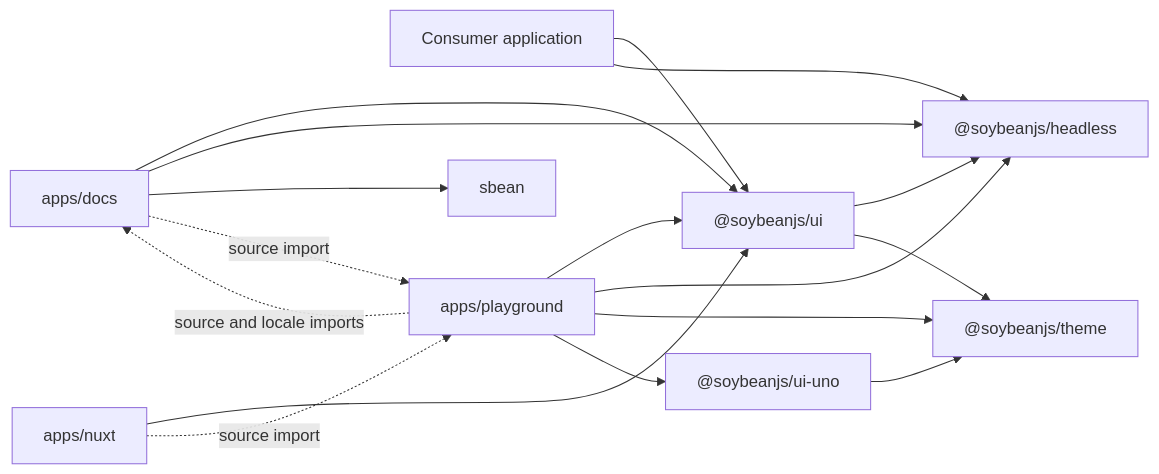
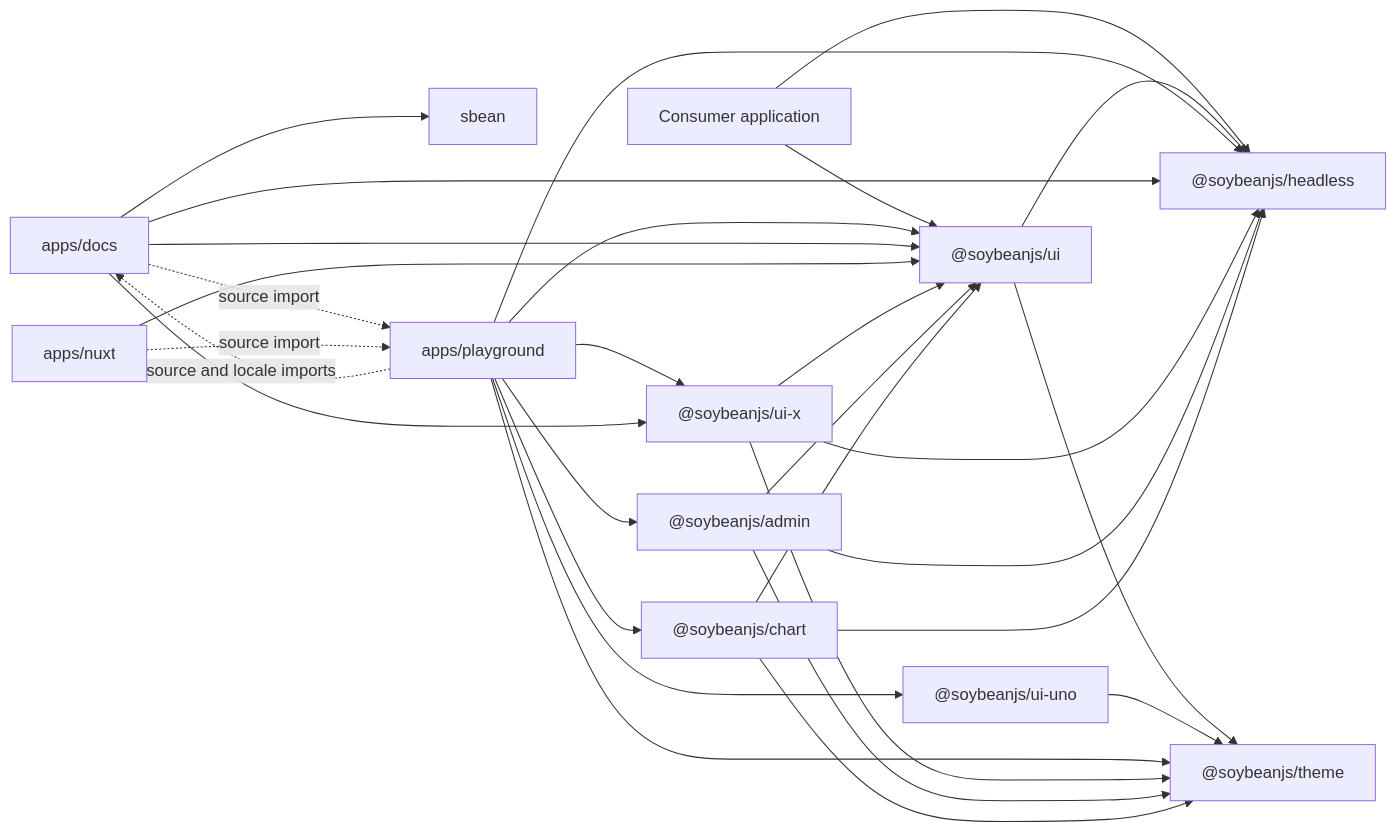
One commit to soybeanjs/soybean-ui changed the first of 3 diagrams in docs/architecture.md. Above: the diagram before and after it, drawn with Mermaid. The commit also changed other lines of this file and 45 other files, not shown here.

````diff
--- a/docs/architecture.md
+++ b/docs/architecture.md
@@ -95,30 +102,46 @@
 ```mermaid
 flowchart LR
   Consumer[Consumer application]
   Headless["@soybeanjs/headless"]
   UI["@soybeanjs/ui"]
   Theme["@soybeanjs/theme"]
   Uno["@soybeanjs/ui-uno"]
   Sbean["sbean"]
+  UiX["@soybeanjs/ui-x"]
+  Admin["@soybeanjs/admin"]
+  Chart["@soybeanjs/chart"]
   Docs["apps/docs"]
   Playground["apps/playground"]
   Nuxt["apps/nuxt"]
 
   Consumer --> UI
   Consumer --> Headless
   UI --> Headless
   UI --> Theme
   Uno --> Theme
   Playground --> UI
   Playground --> Headless
   Playground --> Theme
   Playground --> Uno
+  Playground --> UiX
+  Playground --> Admin
+  Playground --> Chart
   Docs --> UI
   Docs --> Headless
+  Docs --> UiX
   Docs --> Sbean
   Nuxt --> UI
+  UiX --> UI
+  UiX --> Headless
+  UiX --> Theme
+  Admin --> UI
+  Admin --> Headless
+  Admin --> Theme
+  Chart --> UI
+  Chart --> Headless
+  Chart --> Theme
 
   Docs -. source import .-> Playground
   Playground -. source and locale imports .-> Docs
   Nuxt -. source import .-> Playground
 ```
````
